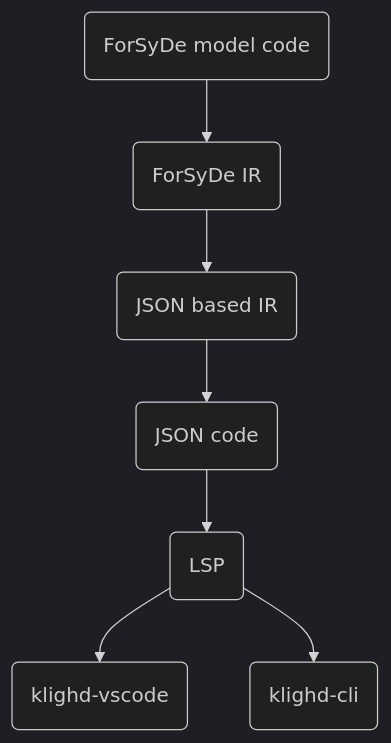
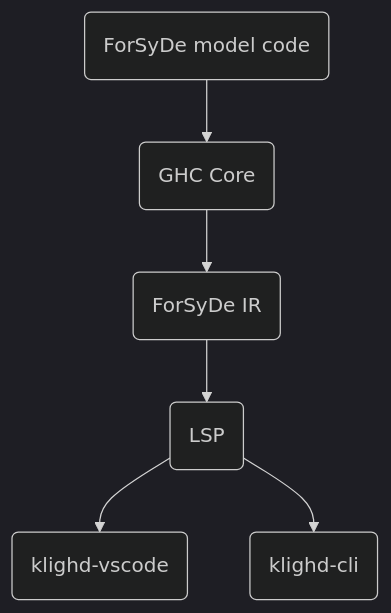
One commit to sthaeron/forsyde-devtools changed the diagram in docs/visualisation.md. Above: the diagram before and after it, drawn with Mermaid (dark theme). The commit also changed other lines of this file, not shown here.

Commit message:
docs: add LSP information to visualization.md

````diff
--- a/docs/visualisation.md
+++ b/docs/visualisation.md
@@ -7,10 +9,9 @@
 ```mermaid
 flowchart TD
  A("ForSyDe model code")
- A --> B("ForSyDe IR")
- B --> C("JSON based IR")
- C --> D("JSON code")
- D --> E("LSP")
- E --> F("klighd-vscode")
- E --> G("klighd-cli")
+ A --> B("GHC Core")
+ B --> C("ForSyDe IR")
+ C --> D("LSP")
+ D --> E("klighd-vscode")
+ D --> F("klighd-cli")
 ```
````
